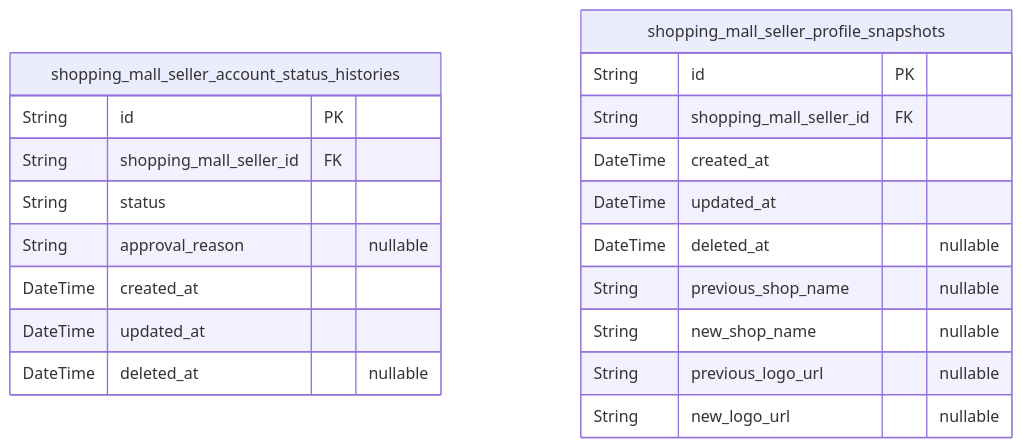
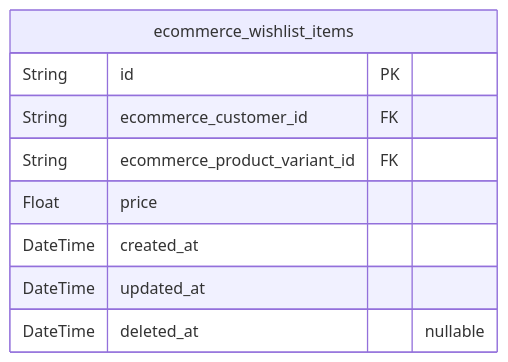
The eighth of 9 diagrams in qwen/qwen3-30b-a3b-thinking-2507/shopping/docs/ERD.md (wrtnlabs/autobe-examples), drawn with Mermaid before and after one commit. The commit also changed other lines of this file and 11104 other files, not shown here.

````diff
--- a/qwen/qwen3-30b-a3b-thinking-2507/shopping/docs/ERD.md
+++ b/qwen/qwen3-30b-a3b-thinking-2507/shopping/docs/ERD.md
@@ -1745,23 +1216,12 @@
 ```mermaid
 erDiagram
-"shopping_mall_seller_account_status_histories" {
+"ecommerce_wishlist_items" {
   String id PK
-  String shopping_mall_seller_id FK
-  String status
-  String approval_reason "nullable"
+  String ecommerce_customer_id FK
+  String ecommerce_product_variant_id FK
+  Float price
   DateTime created_at
   DateTime updated_at
   DateTime deleted_at "nullable"
 }
-"shopping_mall_seller_profile_snapshots" {
-  String id PK
-  String shopping_mall_seller_id FK
-  DateTime created_at
-  DateTime updated_at
-  DateTime deleted_at "nullable"
-  String previous_shop_name "nullable"
-  String new_shop_name "nullable"
-  String previous_logo_url "nullable"
-  String new_logo_url "nullable"
-}
 ```
````
